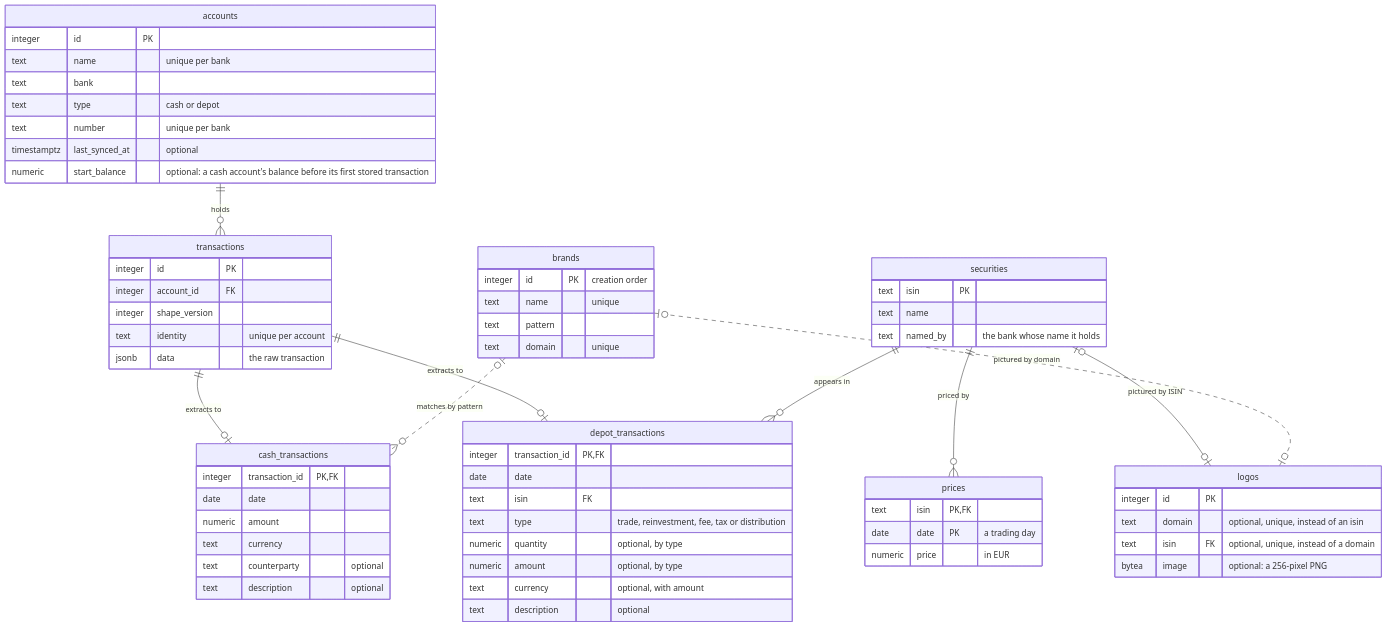
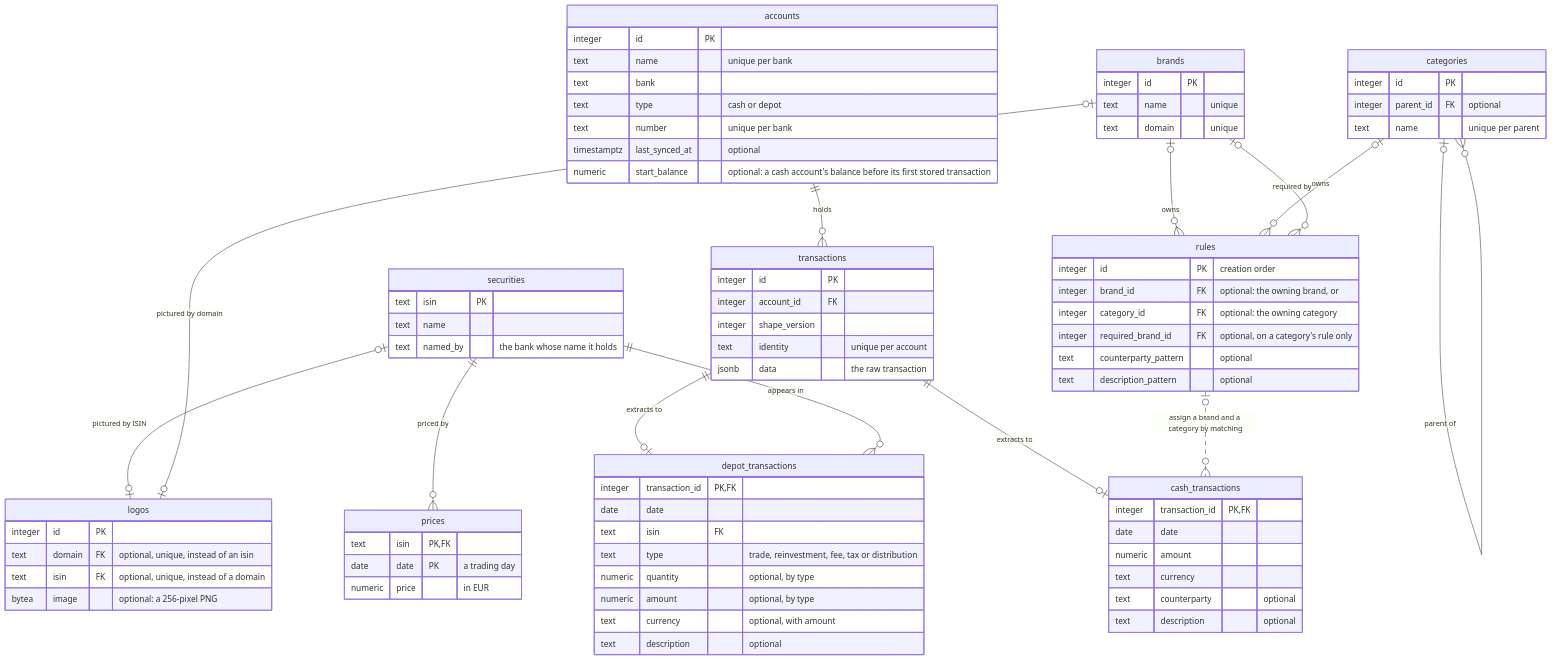
One commit to lennartmoeller/finance-tracker changed the diagram in docs/contract/data-model.md. Above: the diagram before and after it, drawn with Mermaid. The commit also changed 36 other files, not shown here.

Commit message:
feat: add categories, and manage brands and categories by rules in the frontend (#53)

```diff
--- a/docs/contract/data-model.md
+++ b/docs/contract/data-model.md
@@ -8,8 +8,12 @@
   securities ||--o{ depot_transactions : "appears in"
   securities ||--o{ prices : "priced by"
   securities |o--o| logos : "pictured by ISIN"
-  brands |o..o| logos : "pictured by domain"
-  brands |o..o{ cash_transactions : "matches by pattern"
+  brands |o--o| logos : "pictured by domain"
+  brands |o--o{ rules : "owns"
+  categories |o--o{ rules : "owns"
+  categories |o--o{ categories : "parent of"
+  brands |o--o{ rules : "required by"
+  rules |o..o{ cash_transactions : "assign a brand and a category by matching"
 
   accounts {
     integer id PK
@@ -56,14 +60,26 @@
     numeric price "in EUR"
   }
   brands {
+    integer id PK
+    text name "unique"
+    text domain "unique"
+  }
+  categories {
+    integer id PK
+    integer parent_id FK "optional"
+    text name "unique per parent"
+  }
+  rules {
     integer id PK "creation order"
-    text name "unique"
-    text pattern
-    text domain "unique"
+    integer brand_id FK "optional: the owning brand, or"
+    integer category_id FK "optional: the owning category"
+    integer required_brand_id FK "optional, on a category's rule only"
+    text counterparty_pattern "optional"
+    text description_pattern "optional"
   }
   logos {
     integer id PK
-    text domain "optional, unique, instead of an isin"
+    text domain FK "optional, unique, instead of an isin"
     text isin FK "optional, unique, instead of a domain"
     bytea image "optional: a 256-pixel PNG"
   }
```
